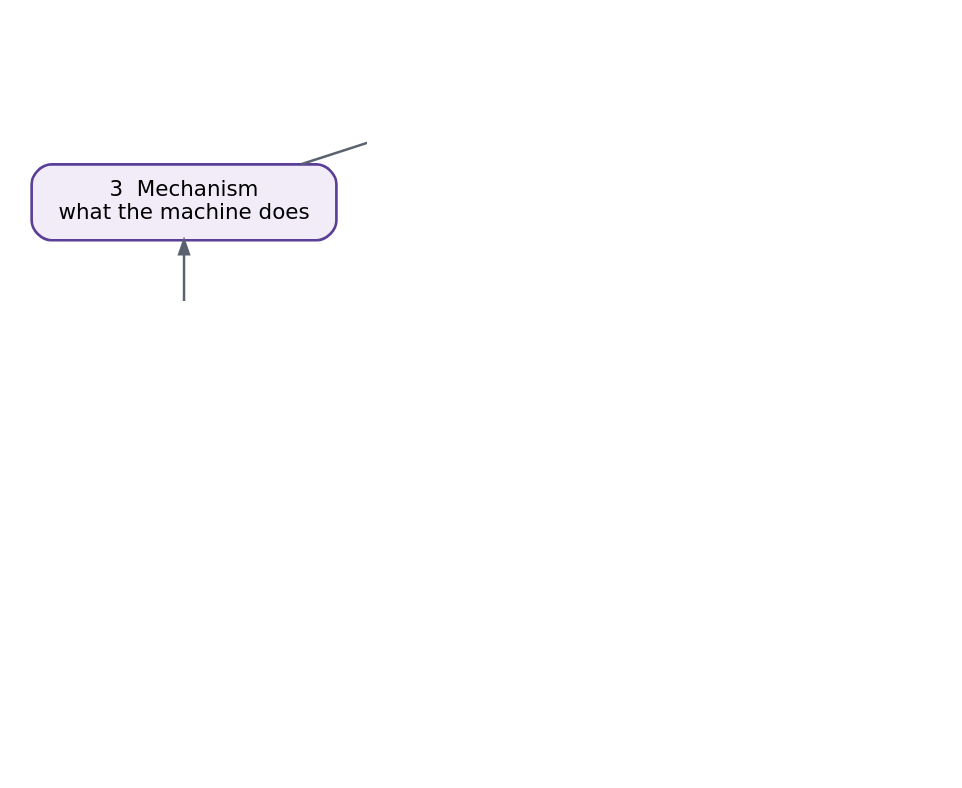
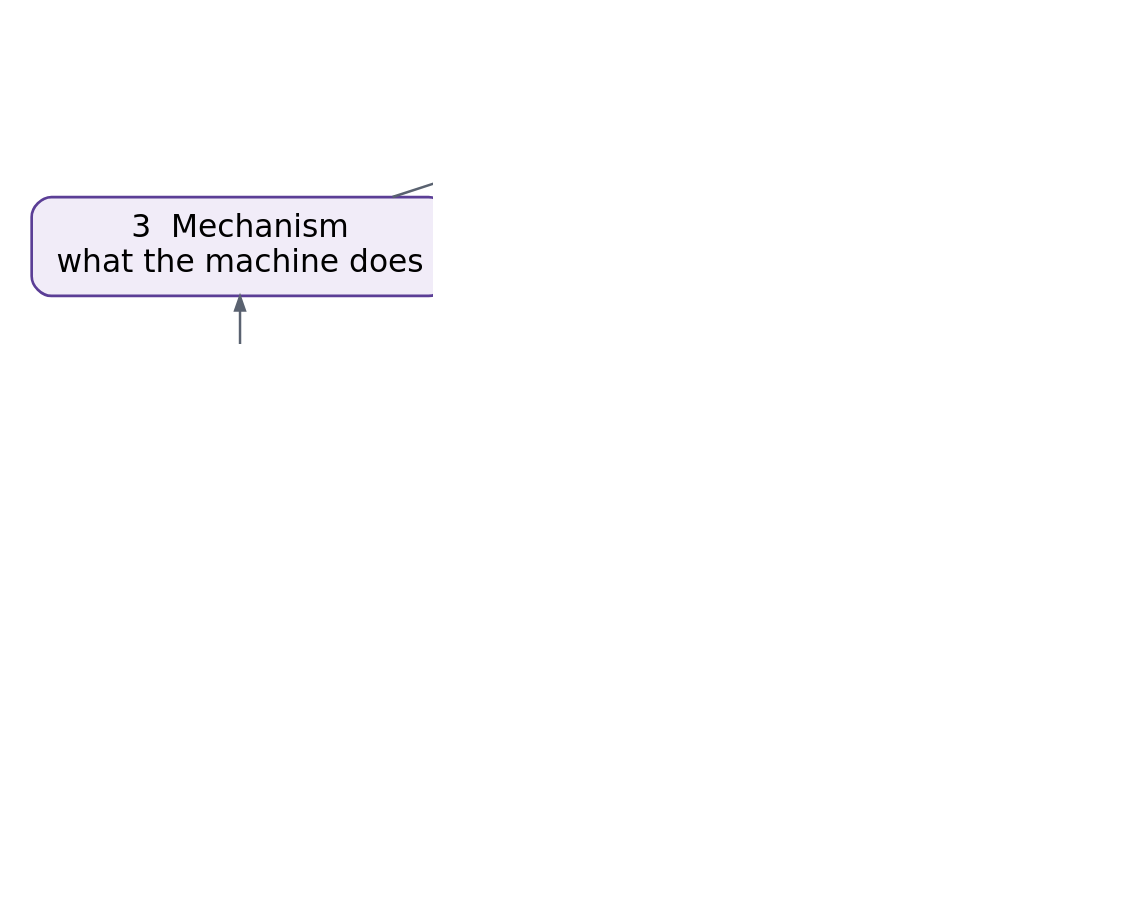
One commit to serajus21/C-Programming changed the diagram in Analytical-Books/Analytical-C-A-deeper-understanding/_build/sections/00.01/fig1.dot. Above: the diagram before and after it, drawn with Graphviz. The commit also changed 279 other files, not shown here.

```diff
--- a/Analytical-Books/Analytical-C-A-deeper-understanding/_build/sections/00.01/fig1.dot
+++ b/Analytical-Books/Analytical-C-A-deeper-understanding/_build/sections/00.01/fig1.dot
@@ -1,12 +1,12 @@
 digraph G {
-  graph [layout=circo, bgcolor="white", pad=0.25, dpi=200, mindist=1.15];
-  node [shape=box, style="rounded,filled", fontname="DejaVu Sans", fontsize=13, penwidth=1.6, margin="0.2,0.12", width=2.4];
+  graph [layout=circo, bgcolor="white", pad=0.25, dpi=200, mindist=0.6];
+  node [shape=box, style="rounded,filled", fontname="DejaVu Sans", fontsize=19, penwidth=1.6, margin="0.2,0.12", width=2.4];
   edge [color="#5A6270", penwidth=1.5, arrowsize=0.85];
-  Q [label="1  Question\n“Why does this happen?”", fillcolor="#EAF1FB", color="#1F5FAD"];
+  Q [label="1  Question\n\"Why does this happen?\"", fillcolor="#EAF1FB", color="#1F5FAD"];
   E [label="2  Experiment\npredict, run, observe", fillcolor="#EAF5EA", color="#2E7D32"];
   M [label="3  Mechanism\nwhat the machine does", fillcolor="#F1ECF8", color="#5B3E96"];
-  R [label="4  Precise rule\nwhat C guarantees", fillcolor="#E7F4F4", color="#0F6E6E"];
+  R [label="4  Precise rule\nwhat is guaranteed,\nand by whom", fillcolor="#E7F4F4", color="#0F6E6E"];
   C [label="5  Connection\nwhere else it appears", fillcolor="#FBF3E4", color="#8A5A00"];
   Q -> E -> M -> R -> C;
-  C -> Q [style=dashed, xlabel="a new question", fontname="DejaVu Sans", fontsize=11, fontcolor="#5A6270"];
+  C -> Q [style=dashed, xlabel="a new question", fontname="DejaVu Sans", fontsize=16, fontcolor="#5A6270"];
 }
```
